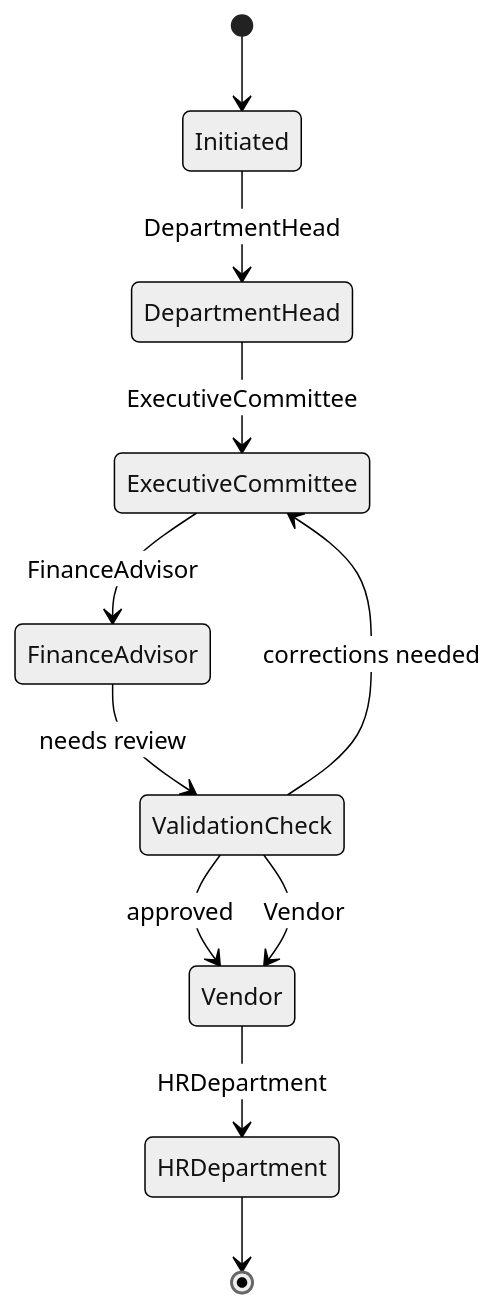
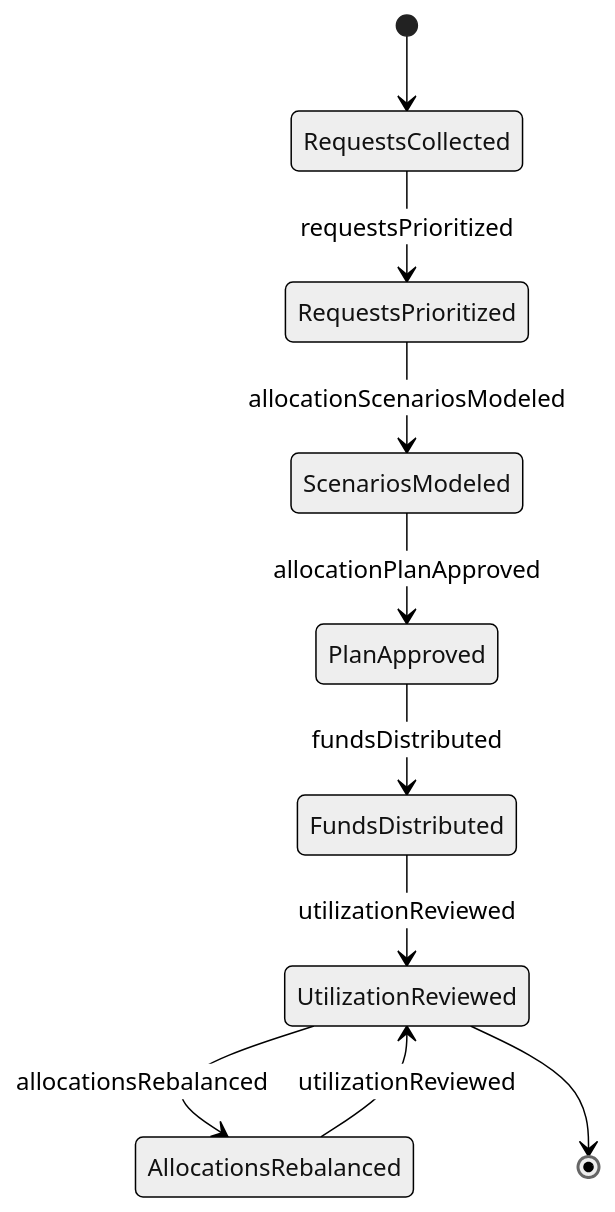
The second of 4 diagrams in GuidingDirectingAndMotivatingSubordinates/ManageBudgetsOrFinances/ManageBudgetsAppropriateResourceAllocation.mdx (dot-org-ai/tasks.org.ai), drawn with Mermaid (neutral theme) before and after one commit. The commit also changed other lines of this file and 515 other files, not shown here.

````diff
--- a/GuidingDirectingAndMotivatingSubordinates/ManageBudgetsOrFinances/ManageBudgetsAppropriateResourceAllocation.mdx
+++ b/GuidingDirectingAndMotivatingSubordinates/ManageBudgetsOrFinances/ManageBudgetsAppropriateResourceAllocation.mdx
@@ -102,13 +100,12 @@
 ```mermaid
 stateDiagram-v2
-    [*] --> Initiated
-    Initiated --> DepartmentHead: DepartmentHead
-    DepartmentHead --> ExecutiveCommittee: ExecutiveCommittee
-    ExecutiveCommittee --> FinanceAdvisor: FinanceAdvisor
-    FinanceAdvisor --> ValidationCheck: needs review
-    ValidationCheck --> ExecutiveCommittee: corrections needed
-    ValidationCheck --> Vendor: approved
-    ValidationCheck --> Vendor: Vendor
-    Vendor --> HRDepartment: HRDepartment
-    HRDepartment --> [*]
+    [*] --> RequestsCollected
+    RequestsCollected --> RequestsPrioritized : requestsPrioritized
+    RequestsPrioritized --> ScenariosModeled : allocationScenariosModeled
+    ScenariosModeled --> PlanApproved : allocationPlanApproved
+    PlanApproved --> FundsDistributed : fundsDistributed
+    FundsDistributed --> UtilizationReviewed : utilizationReviewed
+    UtilizationReviewed --> AllocationsRebalanced : allocationsRebalanced
+    AllocationsRebalanced --> UtilizationReviewed : utilizationReviewed
+    UtilizationReviewed --> [*]
 ```
````
